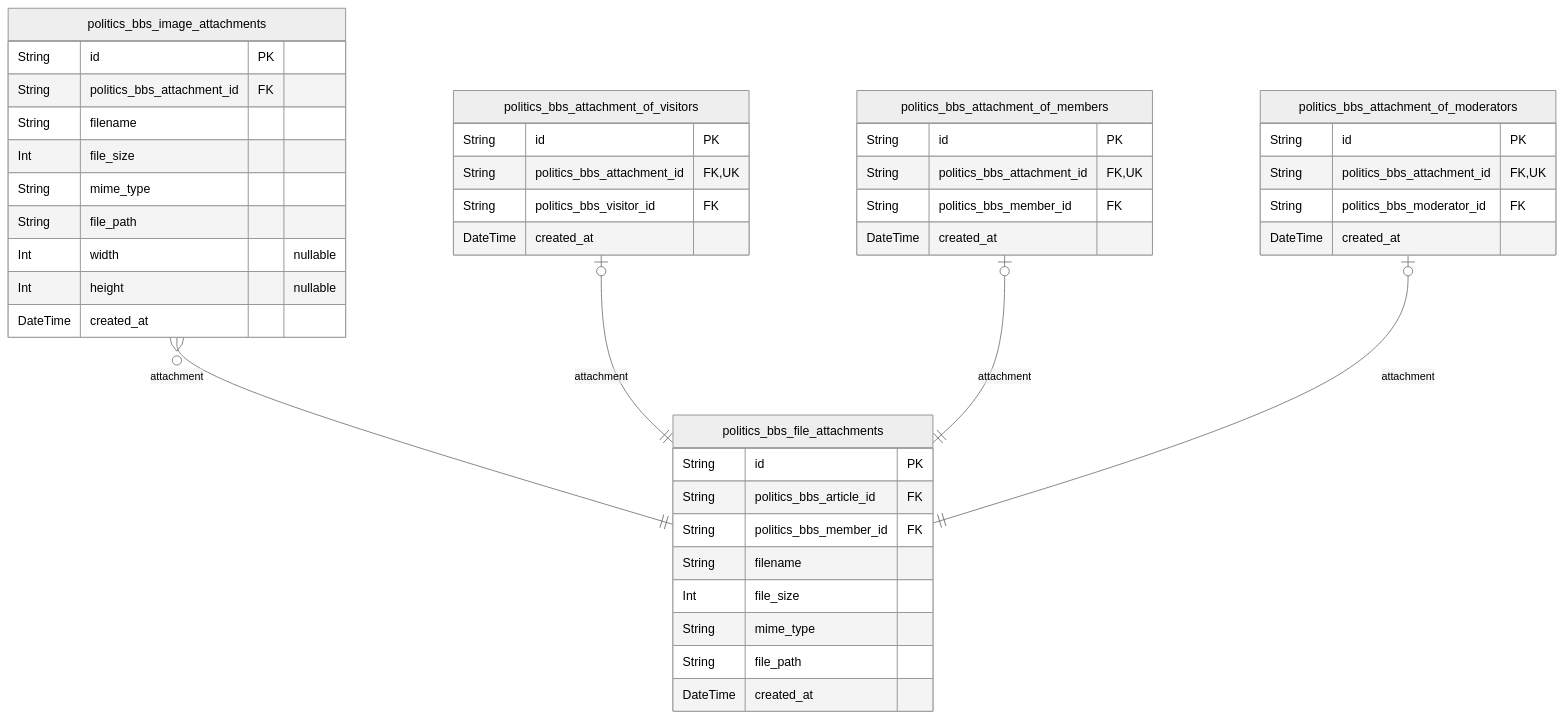
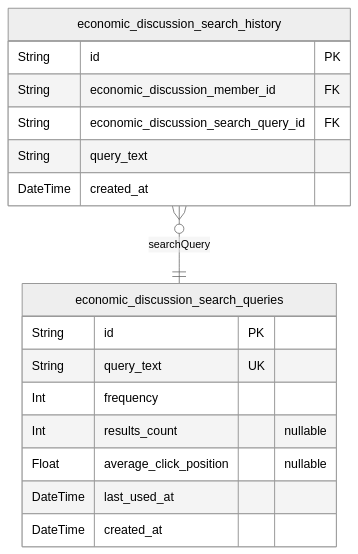
Before and after one commit to wrtnlabs/autobe-examples: the sixth of 6 diagrams in moonshotai/kimi-k2-0905-exacto/bbs/docs/ERD.md, drawn with Mermaid (neutral theme). The commit also changed other lines of this file and 22498 other files, not shown here.

````diff
--- a/moonshotai/kimi-k2-0905-exacto/bbs/docs/ERD.md
+++ b/moonshotai/kimi-k2-0905-exacto/bbs/docs/ERD.md
@@ -403,46 +544,20 @@
 ```mermaid
 erDiagram
-"politics_bbs_image_attachments" {
+"economic_discussion_search_history" {
   String id PK
-  String politics_bbs_attachment_id FK
-  String filename
-  Int file_size
-  String mime_type
-  String file_path
-  Int width "nullable"
-  Int height "nullable"
+  String economic_discussion_member_id FK
+  String economic_discussion_search_query_id FK
+  String query_text
   DateTime created_at
 }
-"politics_bbs_file_attachments" {
+"economic_discussion_search_queries" {
   String id PK
-  String politics_bbs_article_id FK
-  String politics_bbs_member_id FK
-  String filename
-  Int file_size
-  String mime_type
-  String file_path
+  String query_text UK
+  Int frequency
+  Int results_count "nullable"
+  Float average_click_position "nullable"
+  DateTime last_used_at
   DateTime created_at
 }
-"politics_bbs_attachment_of_visitors" {
-  String id PK
-  String politics_bbs_attachment_id FK,UK
-  String politics_bbs_visitor_id FK
-  DateTime created_at
-}
-"politics_bbs_attachment_of_members" {
-  String id PK
-  String politics_bbs_attachment_id FK,UK
-  String politics_bbs_member_id FK
-  DateTime created_at
-}
-"politics_bbs_attachment_of_moderators" {
-  String id PK
-  String politics_bbs_attachment_id FK,UK
-  String politics_bbs_moderator_id FK
-  DateTime created_at
-}
-"politics_bbs_image_attachments" }o--|| "politics_bbs_file_attachments" : attachment
-"politics_bbs_attachment_of_visitors" |o--|| "politics_bbs_file_attachments" : attachment
-"politics_bbs_attachment_of_members" |o--|| "politics_bbs_file_attachments" : attachment
-"politics_bbs_attachment_of_moderators" |o--|| "politics_bbs_file_attachments" : attachment
+"economic_discussion_search_history" }o--|| "economic_discussion_search_queries" : searchQuery
 ```
````
